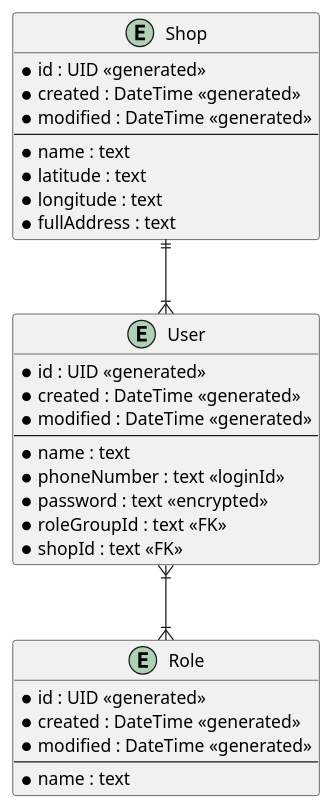
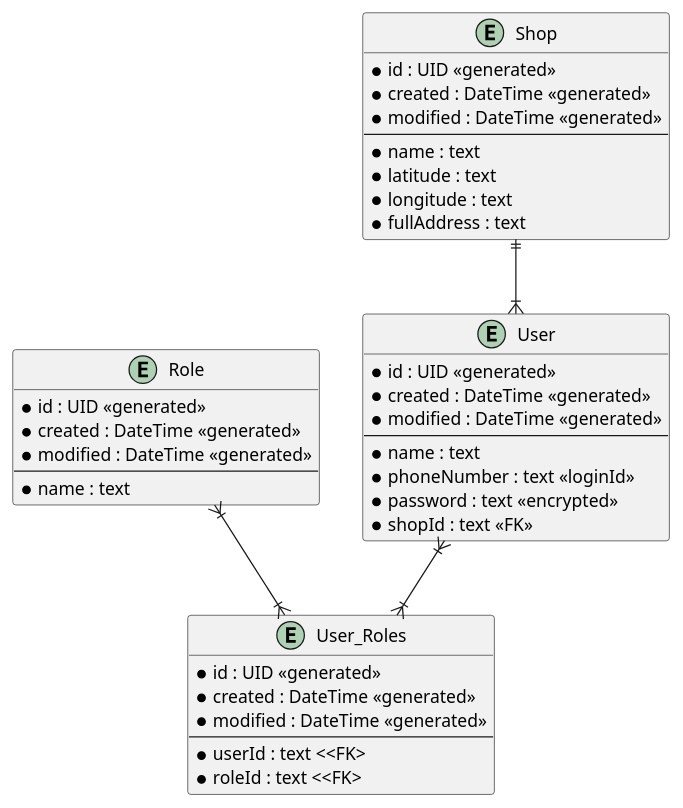
One commit to POS-Java-Microservice/requirement-documents changed the diagram in User/Requirement/database.wsd. Above: the diagram before and after it, drawn with PlantUML.

Commit message:
add user_roles

```diff
--- a/User/Requirement/database.wsd
+++ b/User/Requirement/database.wsd
@@ -1,37 +1,46 @@
 @startuml
 
 skinparam linetye ortho
 
 entity "User" as user{
     *id : UID <<generated>>
     *created : DateTime <<generated>>
     *modified : DateTime <<generated>>
     --
     *name : text
     *phoneNumber : text <<loginId>>
     *password : text <<encrypted>>
-    *roleGroupId : text <<FK>>
     *shopId : text <<FK>>
 }
 entity "Shop" as shop{
     *id : UID <<generated>>
     *created : DateTime <<generated>>
     *modified : DateTime <<generated>>
     --
     *name : text
     *latitude : text
     *longitude : text
     *fullAddress : text
 }
+entity "User_Roles" as user_roles{
+    *id : UID <<generated>>
+    *created : DateTime <<generated>>
+    *modified : DateTime <<generated>>
+    --
+    *userId : text <<FK>
+    *roleId : text <<FK>
+}
+
 entity "Role" as role{
     *id : UID <<generated>>
     *created : DateTime <<generated>>
     *modified : DateTime <<generated>>
     --
     *name : text
 }
 
 shop ||--|{ user
-user }|--|{ role
+user }|--|{ user_roles
+role }|--|{ user_roles
 
 @enduml
```
